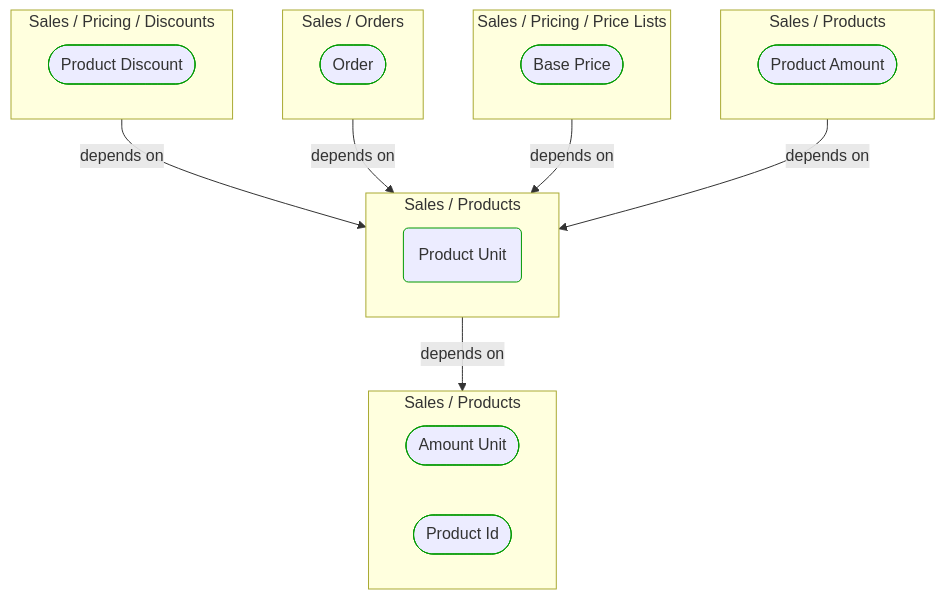
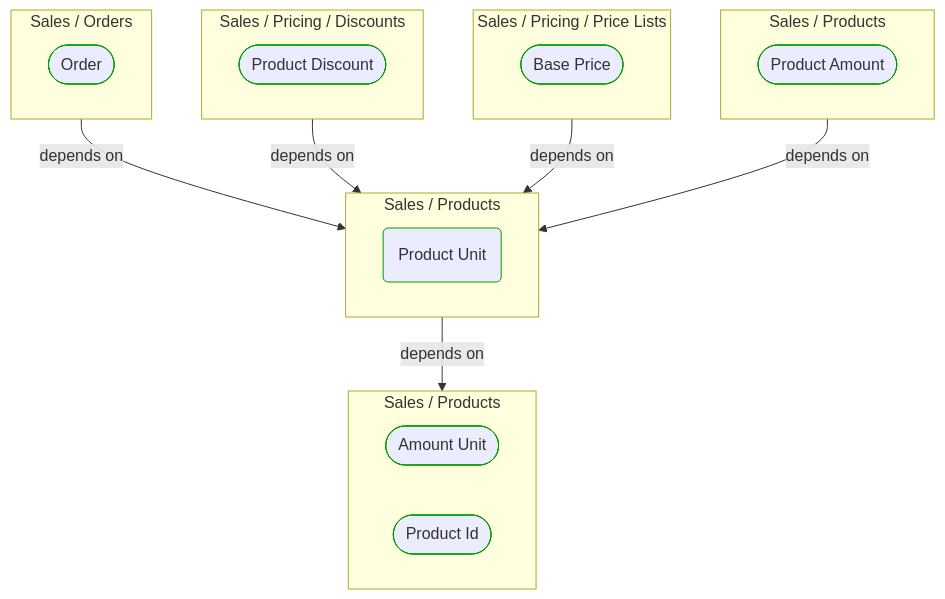
One commit to itlibrium/DDD-starter-dotnet changed the diagram in Docs/P3/MermaidOutput/Domain/Concepts/Sales/Products/ProductUnit.md. Above: the diagram before and after it, drawn with Mermaid. The commit also changed 51 other files, not shown here.

````diff
--- a/Docs/P3/MermaidOutput/Domain/Concepts/Sales/Products/ProductUnit.md
+++ b/Docs/P3/MermaidOutput/Domain/Concepts/Sales/Products/ProductUnit.md
@@ -20,37 +20,37 @@
 ```mermaid
   flowchart TB
-    subgraph 0["Sales / Pricing / Discounts"]
-      1([Product Discount])
+    subgraph 0["Sales / Orders"]
+      1([Order])
       class 1 DomainPerspective
     end
-    subgraph 2["Sales / Orders"]
-      3([Order])
+    subgraph 2["Sales / Pricing / Discounts"]
+      3([Product Discount])
       class 3 DomainPerspective
     end
     subgraph 4["Sales / Pricing / Price Lists"]
       5([Base Price])
       class 5 DomainPerspective
     end
     subgraph 6["Sales / Products"]
       7([Product Amount])
       class 7 DomainPerspective
     end
     subgraph 8["Sales / Products"]
       9(Product Unit)
       class 9 DomainPerspective
     end
     subgraph 10["Sales / Products"]
       11([Amount Unit])
       class 11 DomainPerspective
       12([Product Id])
       class 12 DomainPerspective
     end
     0-->|depends on|8
     2-->|depends on|8
     4-->|depends on|8
     6-->|depends on|8
     8-->|depends on|10
     classDef DomainPerspective stroke:#009900
     classDef TechnologyPerspective stroke:#1F41EB
     classDef PeoplePerspective stroke:#FFF014
 ```
````
